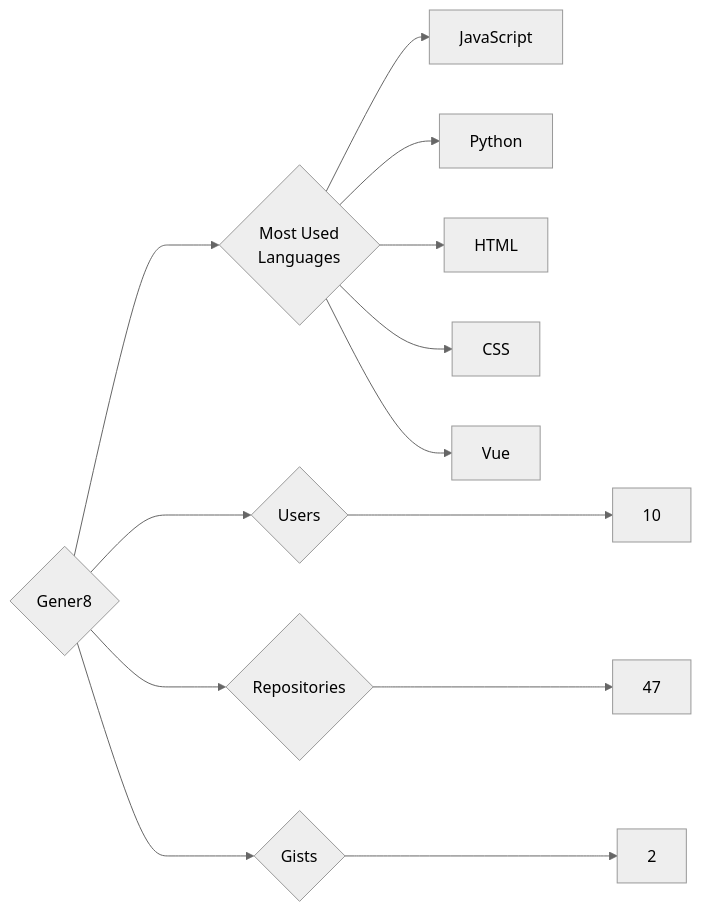
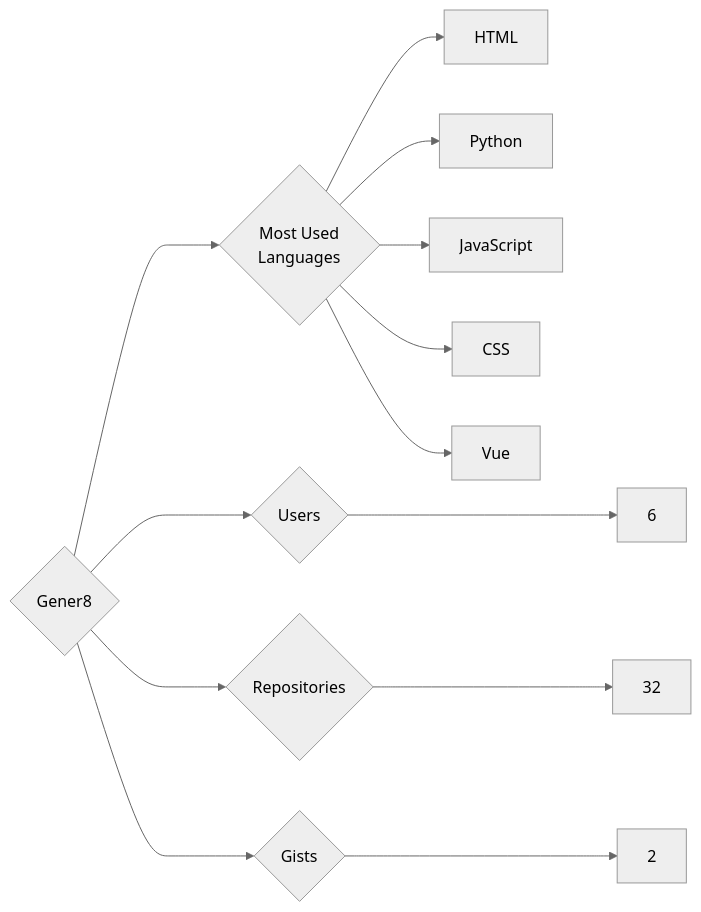
One commit to trickest/insiders changed the diagram in targets/Gener8/README.md. Above: the diagram before and after it, drawn with Mermaid (neutral theme). The commit also changed 1123 other files, not shown here.

````diff
--- a/targets/Gener8/README.md
+++ b/targets/Gener8/README.md
@@ -3,13 +3,13 @@
 ```mermaid
 graph LR
 COMPANY_NAME{Gener8}
-COMPANY_NAME ---> U{Users} ---> UN[10]
-COMPANY_NAME ---> R{Repositories} ---> RN[47]
+COMPANY_NAME ---> U{Users} ---> UN[6]
+COMPANY_NAME ---> R{Repositories} ---> RN[32]
 COMPANY_NAME ---> G{Gists} ---> GN[2]
 COMPANY_NAME ---> ML{Most Used<br>Languages}
+ML --> HTML[HTML]
+ML --> Python[Python]
 ML --> JavaScript[JavaScript]
-ML --> Python[Python]
-ML --> HTML[HTML]
 ML --> CSS[CSS]
 ML --> Vue[Vue]
 ```
````
